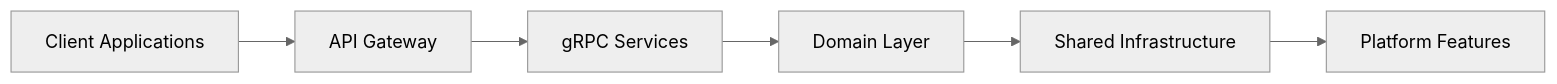
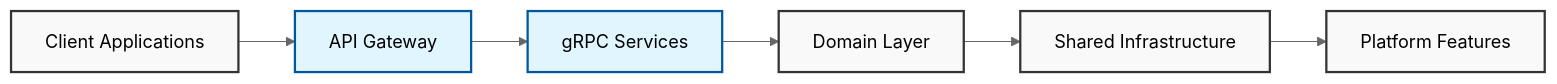
Before and after one commit to ersanyamarya/clean-stack: the first of 3 diagrams in apps/clean-docs/docs/architecture/philosophy.md, drawn with Mermaid (neutral theme). The commit also changed other lines of this file and 6 other files, not shown here.

````diff
--- a/apps/clean-docs/docs/architecture/philosophy.md
+++ b/apps/clean-docs/docs/architecture/philosophy.md
@@ -19,8 +19,19 @@
 ```mermaid
-graph LR
-    A[Client Applications] --> B[API Gateway]
-    B --> C[gRPC Services]
-    C --> D[Domain Layer]
-    D --> E[Shared Infrastructure]
-    E --> F[Platform Features]
+ graph LR
+      A[Client Applications]
+      B[API Gateway]
+      C[gRPC Services]
+      D[Domain Layer]
+      E[Shared Infrastructure]
+      F[Platform Features]
+
+      A --> B
+      B --> C
+      C --> D
+      D --> E
+      E --> F
+
+      classDef default fill:#f9f9f9,stroke:#333,stroke-width:2px;
+      classDef highlight fill:#e1f5fe,stroke:#01579b,stroke-width:2px;
+      class B,C highlight
 ```
````
